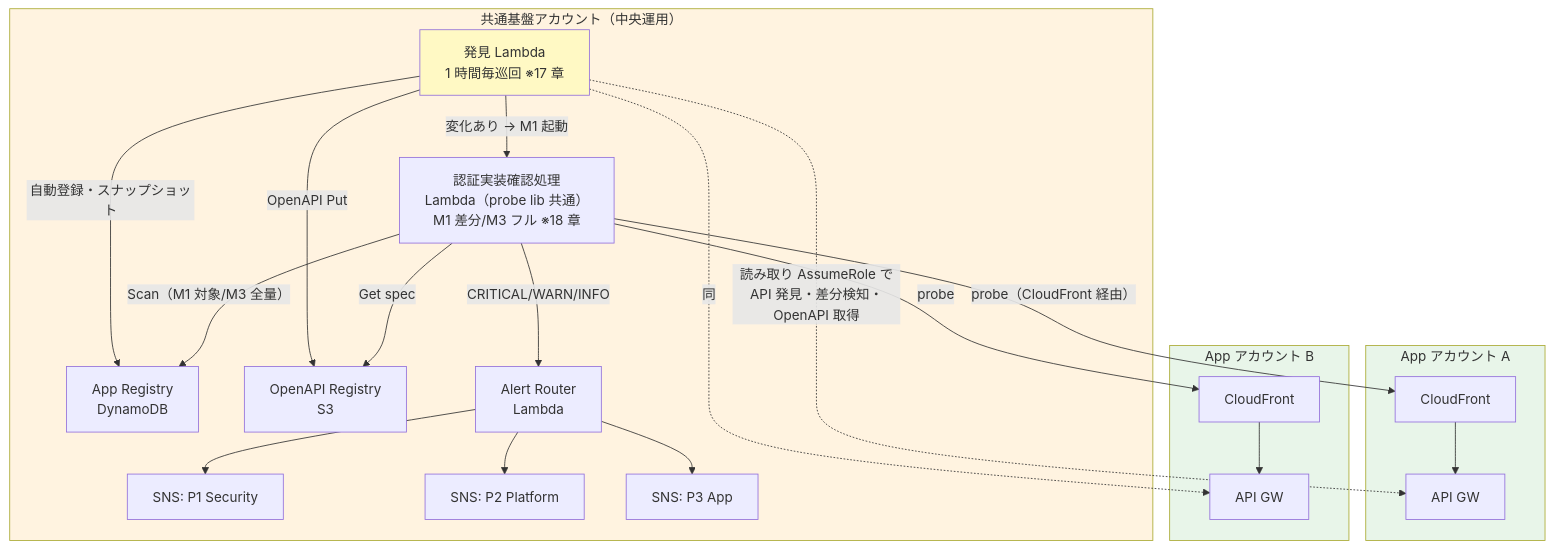
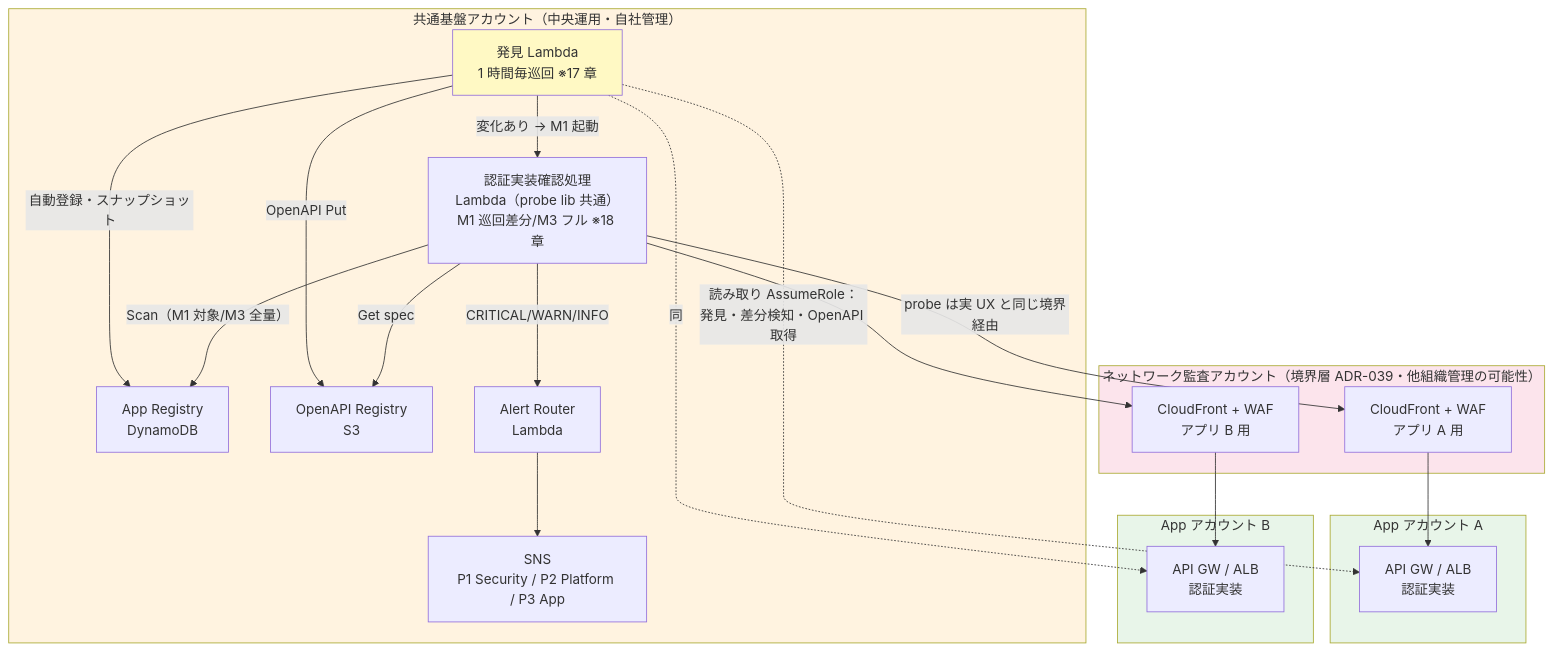
Before and after one commit to suepie/aws-atuh-poc: the first of 4 diagrams in doc/api-platform/basic-design/10-external-monitoring-overview.md, drawn with Mermaid. The commit also changed other lines of this file, not shown here.

````diff
--- a/doc/api-platform/basic-design/10-external-monitoring-overview.md
+++ b/doc/api-platform/basic-design/10-external-monitoring-overview.md
@@ -51,41 +51,45 @@
 ```mermaid
 flowchart TB
-    subgraph NetAudit["共通基盤アカウント（中央運用）"]
+    subgraph Central["共通基盤アカウント（中央運用・自社管理）"]
         DISC[発見 Lambda<br/>1 時間毎巡回 ※17 章]
         Reg[App Registry<br/>DynamoDB]
         OAR[OpenAPI Registry<br/>S3]
-        CC[認証実装確認処理<br/>Lambda（probe lib 共通）<br/>M1 差分/M3 フル ※18 章]
+        CC[認証実装確認処理<br/>Lambda（probe lib 共通）<br/>M1 巡回差分/M3 フル ※18 章]
         AR[Alert Router<br/>Lambda]
-        SNS1[SNS: P1 Security]
-        SNS2[SNS: P2 Platform]
-        SNS3[SNS: P3 App]
+        SNS[SNS<br/>P1 Security / P2 Platform / P3 App]
+    end
+
+    subgraph Edge["ネットワーク監査アカウント（境界層 ADR-039・他組織管理の可能性）"]
+        CFA[CloudFront + WAF<br/>アプリ A 用]
+        CFB[CloudFront + WAF<br/>アプリ B 用]
     end
 
     subgraph AppA["App アカウント A"]
-        CFA[CloudFront]
-        APIA[API GW]
+        APIA[API GW / ALB<br/>認証実装]
     end
 
     subgraph AppB["App アカウント B"]
-        CFB[CloudFront]
-        APIB[API GW]
+        APIB[API GW / ALB<br/>認証実装]
     end
 
-    DISC -.読み取り AssumeRole で<br/>API 発見・差分検知・OpenAPI 取得.-> APIA
+    DISC -.読み取り AssumeRole：<br/>発見・差分検知・OpenAPI 取得.-> APIA
     DISC -.同.-> APIB
     DISC -->|自動登録・スナップショット| Reg
     DISC -->|OpenAPI Put| OAR
     DISC -->|変化あり → M1 起動| CC
 
     CC -->|Scan（M1 対象/M3 全量）| Reg
     CC -->|Get spec| OAR
-    CC -->|probe（CloudFront 経由）| CFA --> APIA
-    CC -->|probe| CFB --> APIB
+    CC -->|probe は実 UX と同じ境界経由| CFA
+    CFA --> APIA
+    CC --> CFB
+    CFB --> APIB
     CC -->|CRITICAL/WARN/INFO| AR
-    AR --> SNS1 & SNS2 & SNS3
+    AR --> SNS
 
-    style NetAudit fill:#fff3e0
+    style Central fill:#fff3e0
+    style Edge fill:#fce4ec
     style AppA fill:#e8f5e9
     style AppB fill:#e8f5e9
     style DISC fill:#fff9c4
 ```
````
